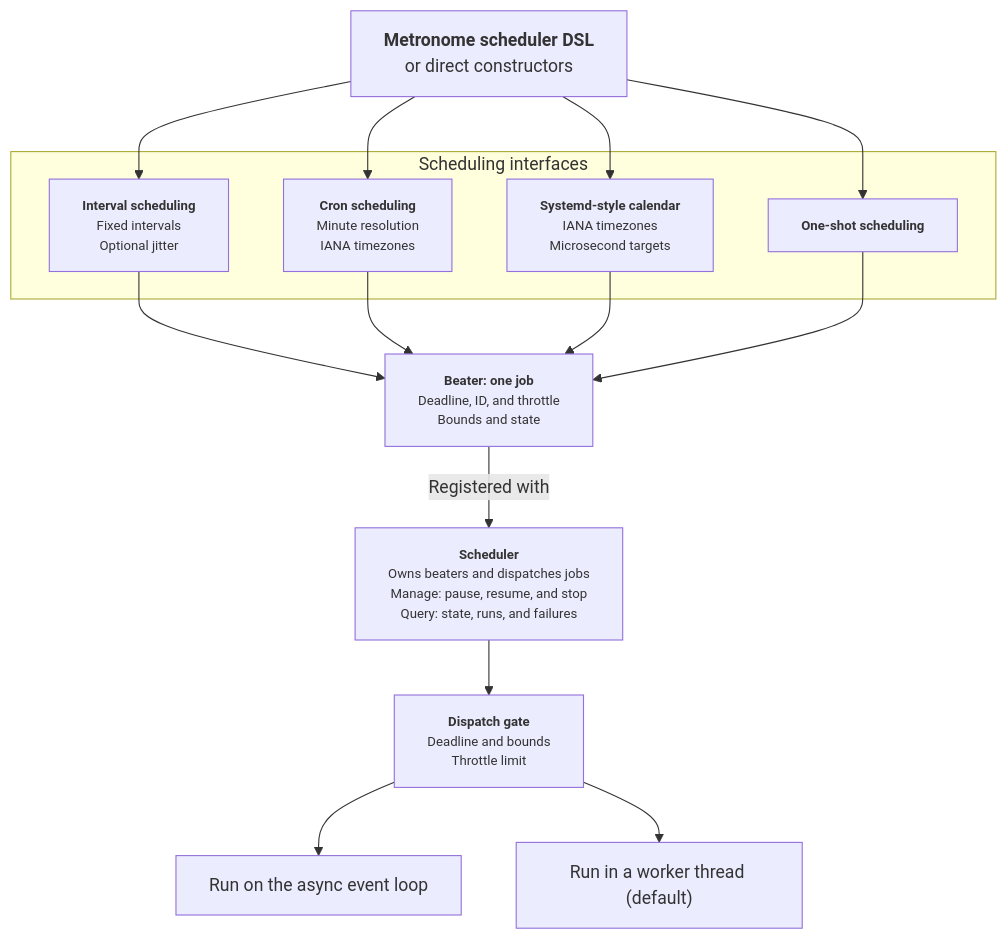
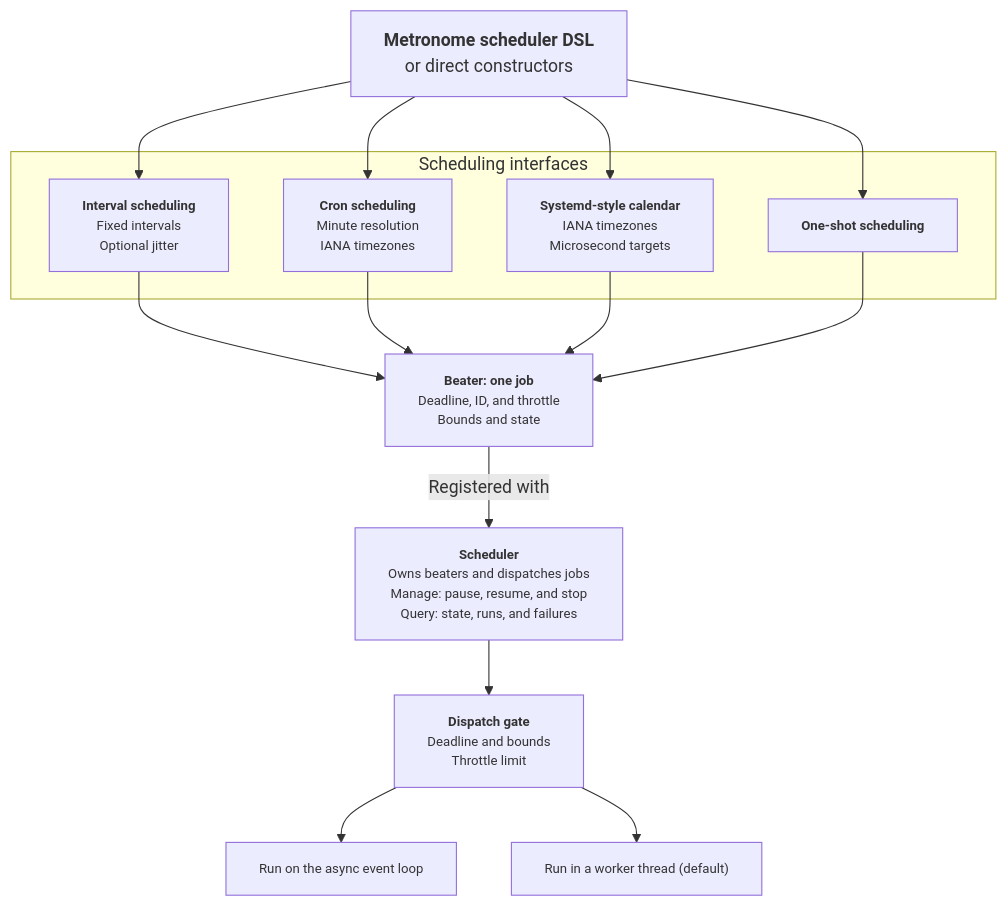
The diagram in README.md (titanomachy/Metronome), drawn with Mermaid before and after one commit. The commit also changed other lines of this file, not shown here.

````diff
--- a/README.md
+++ b/README.md
@@ -32,45 +32,45 @@
 ```mermaid
 flowchart TB
   DSL["`**Metronome scheduler DSL**
   or direct constructors`"]
 
   subgraph INTERFACES["Scheduling interfaces"]
     EVERY["`**Interval scheduling**
     Fixed intervals
     Optional jitter`"]
     CRON["`**Cron scheduling**
     Minute resolution
     IANA timezones`"]
     TIMER["`**Systemd-style calendar**
     IANA timezones
     Microsecond targets`"]
     AT["`**One-shot scheduling**`"]
   end
 
   DSL --> EVERY
   DSL --> CRON
   DSL --> TIMER
   DSL --> AT
 
   EVERY --> BEATER
   CRON --> BEATER
   TIMER --> BEATER
   AT --> BEATER
 
   BEATER["`**Beater: one job**
   Deadline, ID, and throttle
   Bounds and state`"]
   BEATER -->|Registered with| SCHEDULER["`**Scheduler**
   Owns beaters and dispatches jobs
   Manage: pause, resume, and stop
   Query: state, runs, and failures`"]
 
   SCHEDULER --> GATE["`**Dispatch gate**
   Deadline and bounds
   Throttle limit`"]
   GATE --> ASYNC["Run on the async event loop"]
   GATE --> THREAD["Run in a worker thread (default)"]
 
   classDef compact font-size:12px;
-  class EVERY,CRON,TIMER,AT,BEATER,SCHEDULER,GATE compact;
+  class EVERY,CRON,TIMER,AT,BEATER,SCHEDULER,GATE,ASYNC,THREAD compact;
 ```
````
